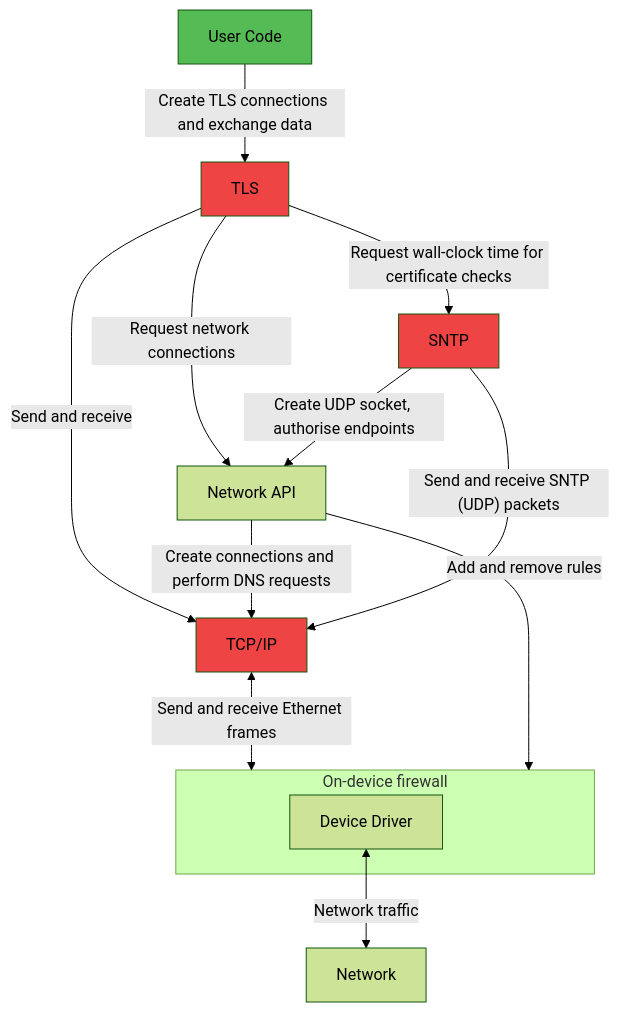
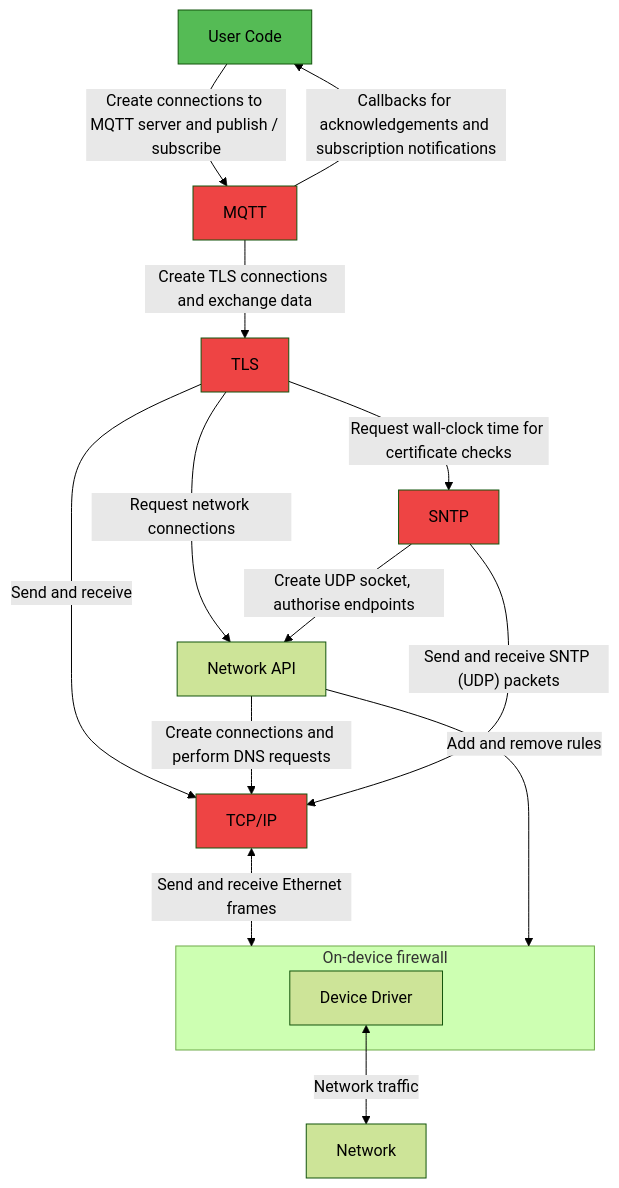
The diagram in README.md (CHERIoT-Platform/network-stack), drawn with Mermaid (forest theme) before and after one commit. The commit also changed other lines of this file, not shown here.

Commit message:
Update readme for MQTT parts.

````diff
--- a/README.md
+++ b/README.md
@@ -48,24 +49,27 @@
 ```mermaid
 graph TD
   Network
   subgraph Firewall["On-device firewall"]
     DeviceDriver["Device Driver"]
   end
   TCPIP["TCP/IP"]:::ThirdParty
   User["User Code "]
   NetAPI["Network API"]
   SNTP:::ThirdParty
   TLS:::ThirdParty
+  MQTT:::ThirdParty
   DeviceDriver <-- "Network traffic" --> Network
   TCPIP <-- "Send and receive Ethernet frames" --> Firewall
   NetAPI -- "Add and remove rules" --> Firewall
   TLS -- "Request network connections" --> NetAPI
   TLS -- "Send and receive" --> TCPIP
   NetAPI -- "Create connections and perform DNS requests" --> TCPIP
-  User -- "Create TLS connections and exchange data" --> TLS
+  MQTT -- "Create TLS connections and exchange data" --> TLS
+  User -- "Create connections to MQTT server and publish / subscribe" --> MQTT
+  MQTT -- "Callbacks for acknowledgements and subscription notifications" --> User
   SNTP -- "Create UDP socket, authorise endpoints" --> NetAPI
   SNTP -- "Send and receive SNTP (UDP) packets" --> TCPIP
   TLS -- "Request wall-clock time for certificate checks" --> SNTP
   style User fill: #5b5
   classDef ThirdParty fill: #e44
 ```
````
